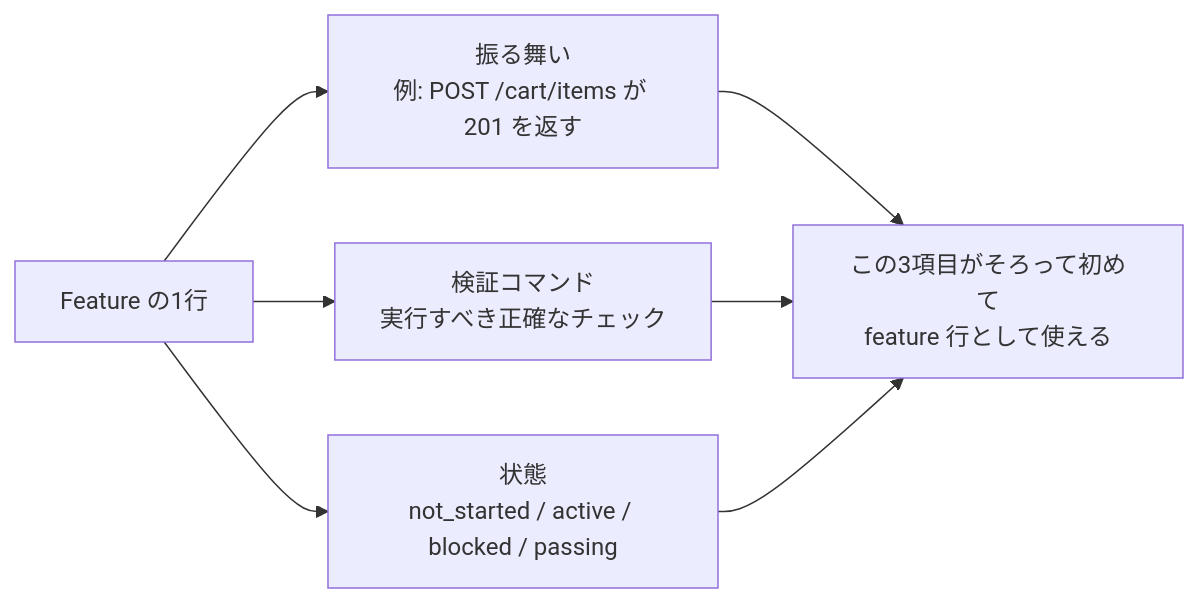
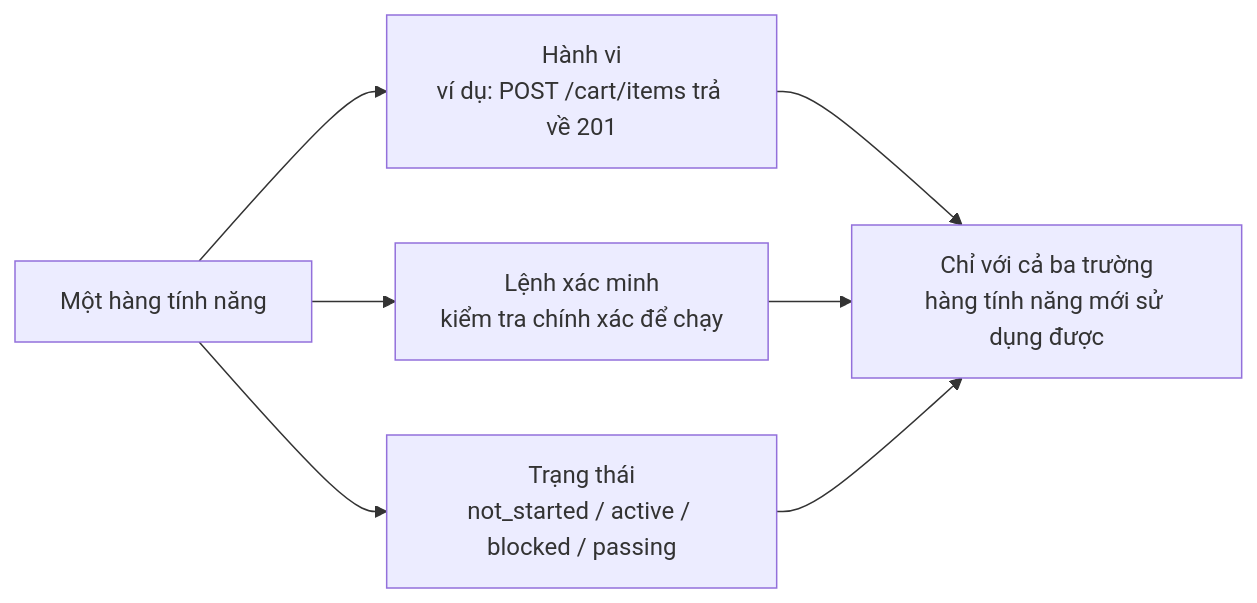
Before and after one commit to mkusaka/learn-harness-engineering: the first of 2 diagrams in docs/vi/lectures/lecture-08-why-feature-lists-are-harness-primitives/index.md, drawn with Mermaid. The commit also changed other lines of this file and 684 other files, not shown here.

````diff
--- a/docs/vi/lectures/lecture-08-why-feature-lists-are-harness-primitives/index.md
+++ b/docs/vi/lectures/lecture-08-why-feature-lists-are-harness-primitives/index.md
@@ -29,10 +29,10 @@
 ```mermaid
 flowchart LR
-    Feature["Feature の1行"] --> Behavior["振る舞い<br/>例: POST /cart/items が 201 を返す"]
-    Feature --> Check["検証コマンド<br/>実行すべき正確なチェック"]
-    Feature --> State["状態<br/>not_started / active / blocked / passing"]
+    Feature["Một hàng tính năng"] --> Behavior["Hành vi<br/>ví dụ: POST /cart/items trả về 201"]
+    Feature --> Check["Lệnh xác minh<br/>kiểm tra chính xác để chạy"]
+    Feature --> State["Trạng thái<br/>not_started / active / blocked / passing"]
 
-    Behavior --> Complete["この3項目がそろって初めて<br/>feature 行として使える"]
+    Behavior --> Complete["Chỉ với cả ba trường<br/>hàng tính năng mới sử dụng được"]
     Check --> Complete
     State --> Complete
 ```
````
